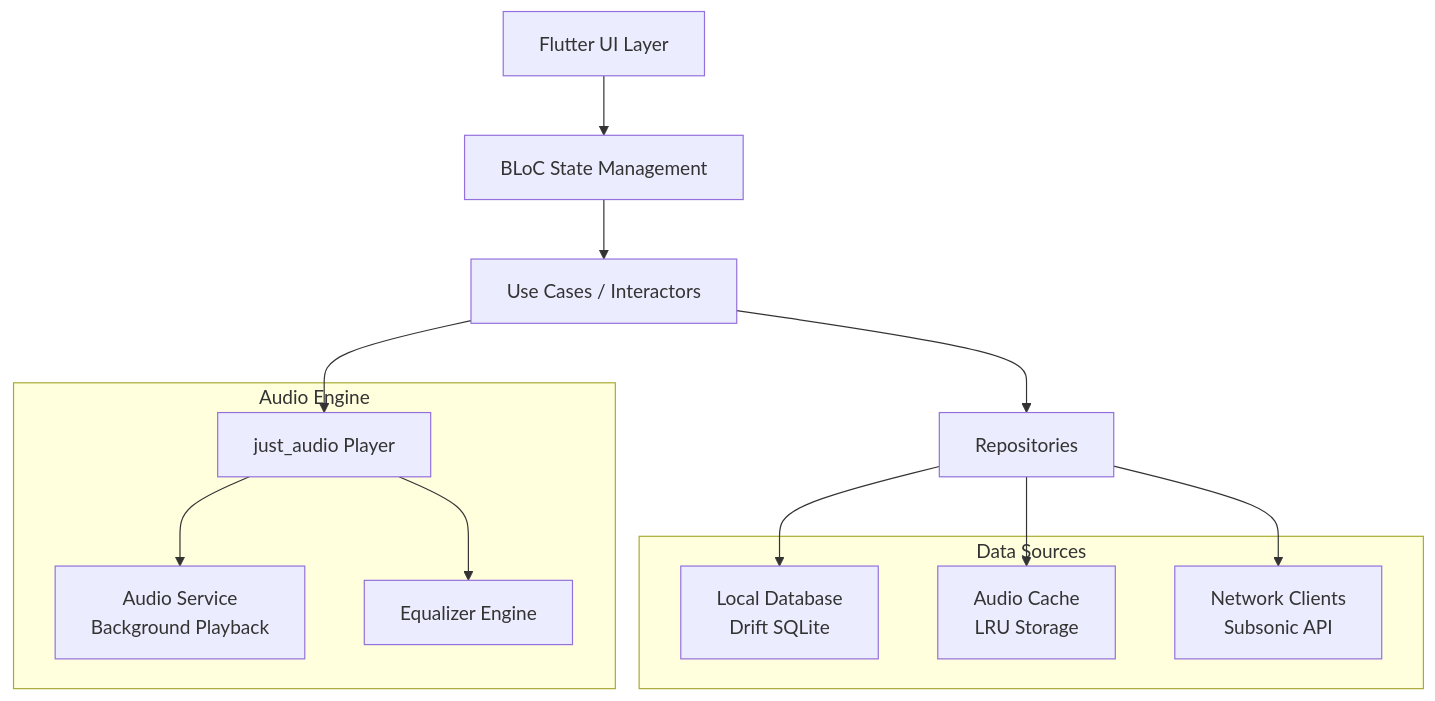
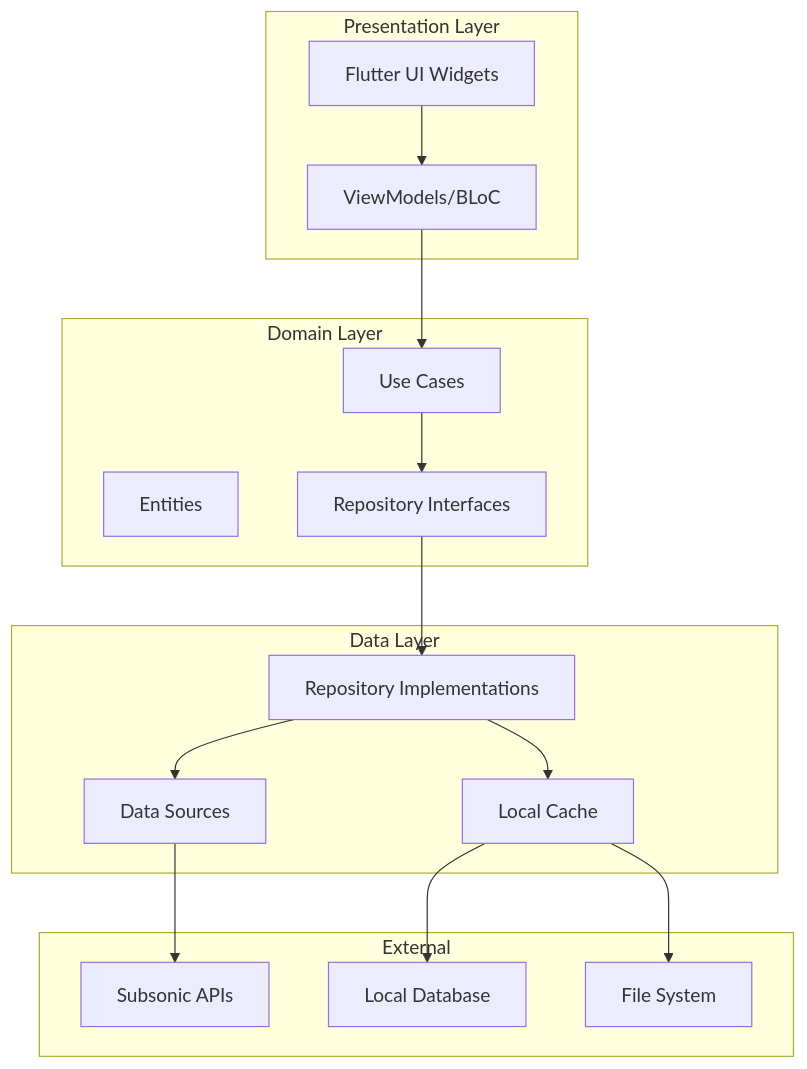
One commit to zamb0/omnisonic changed the diagram in .kiro/specs/omnisonic-music-client/design.md. Above: the diagram before and after it, drawn with Mermaid. The commit also changed other lines of this file and 270 other files, not shown here.

````diff
--- a/.kiro/specs/omnisonic-music-client/design.md
+++ b/.kiro/specs/omnisonic-music-client/design.md
@@ -16,30 +13,35 @@
 ```mermaid
 graph TB
-    UI[Flutter UI Layer]
-    BLoC[BLoC State Management]
-    UC[Use Cases / Interactors]
-    REPO[Repositories]
-    
-    subgraph "Data Sources"
-        LOCAL[Local Database<br/>Drift SQLite]
-        CACHE[Audio Cache<br/>LRU Storage]
-        NET[Network Clients<br/>Subsonic API]
+    subgraph "Presentation Layer"
+        UI[Flutter UI Widgets]
+        VM[ViewModels/BLoC]
     end
     
-    subgraph "Audio Engine"
-        PLAYER[just_audio Player]
-        SERVICE[Audio Service<br/>Background Playback]
-        EQ[Equalizer Engine]
+    subgraph "Domain Layer"
+        UC[Use Cases]
+        ENT[Entities]
+        REPO[Repository Interfaces]
     end
     
-    UI --> BLoC
-    BLoC --> UC
+    subgraph "Data Layer"
+        IMPL[Repository Implementations]
+        DS[Data Sources]
+        CACHE[Local Cache]
+    end
+    
+    subgraph "External"
+        API[Subsonic APIs]
+        DB[Local Database]
+        FS[File System]
+    end
+    
+    UI --> VM
+    VM --> UC
     UC --> REPO
-    REPO --> LOCAL
-    REPO --> CACHE
-    REPO --> NET
-    
-    UC --> PLAYER
-    PLAYER --> SERVICE
-    PLAYER --> EQ
+    REPO --> IMPL
+    IMPL --> DS
+    IMPL --> CACHE
+    DS --> API
+    CACHE --> DB
+    CACHE --> FS
 ```
````
